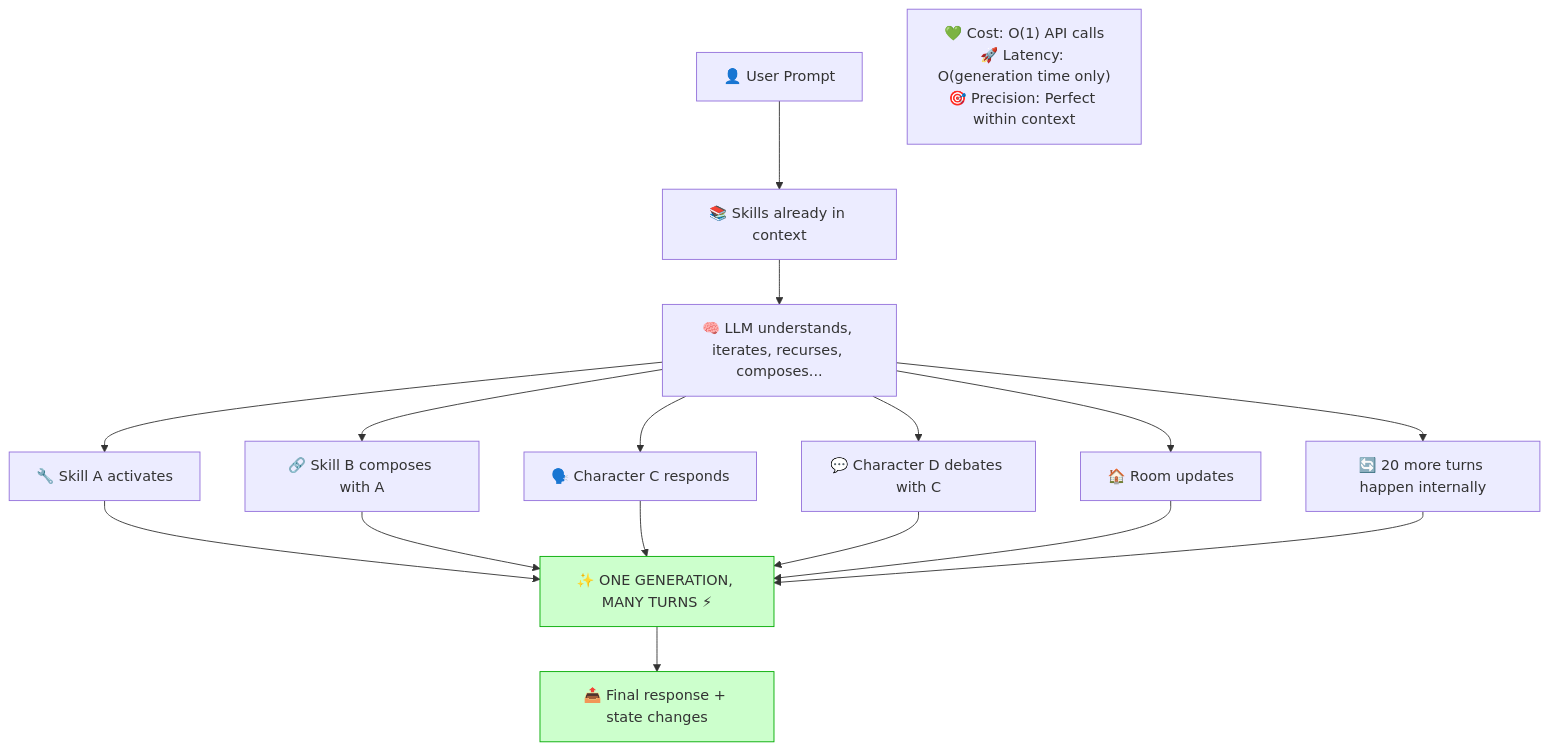
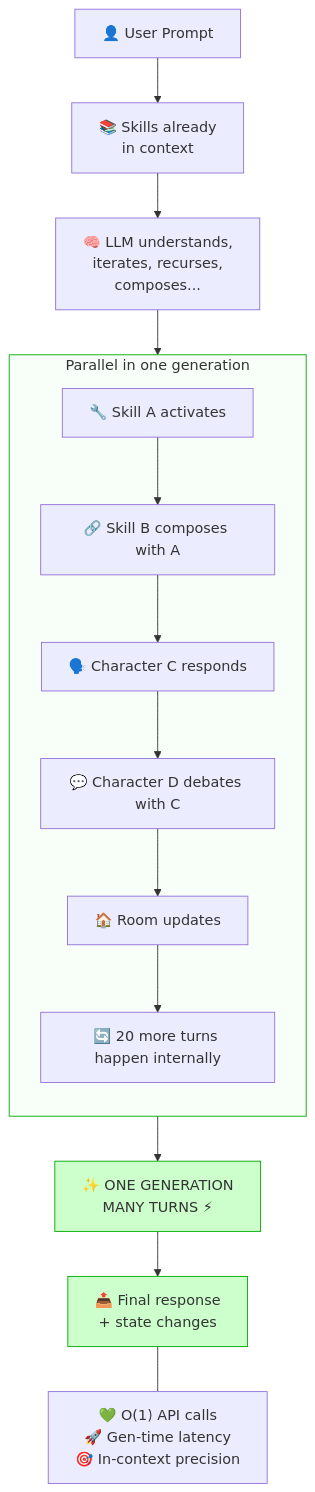
Before and after one commit to SimHacker/moollm: the fifth of 7 diagrams in designs/SPEED-OF-LIGHT-VS-CARRIER-PIGEON.md, drawn with Mermaid. The commit also changed other lines of this file and 11 other files, not shown here.

````diff
--- a/designs/SPEED-OF-LIGHT-VS-CARRIER-PIGEON.md
+++ b/designs/SPEED-OF-LIGHT-VS-CARRIER-PIGEON.md
@@ -450,26 +452,25 @@
 ```mermaid
 flowchart TD
-    UP["👤 User Prompt"] --> CTX["📚 Skills already in context"]
-    CTX --> LLM["🧠 LLM understands, iterates, recurses, composes..."]
+    UP["👤 User Prompt"] --> CTX["📚 Skills already<br/>in context"]
+    CTX --> LLM["🧠 LLM understands,<br/>iterates, recurses,<br/>composes..."]
     
-    LLM --> A["🔧 Skill A activates"]
-    LLM --> B["🔗 Skill B composes with A"]
-    LLM --> C["🗣️ Character C responds"]
-    LLM --> D["💬 Character D debates with C"]
-    LLM --> R["🏠 Room updates"]
-    LLM --> MORE["🔄 20 more turns happen internally"]
+    subgraph Parallel["Parallel in one generation"]
+        direction TB
+        A["🔧 Skill A activates"]
+        B["🔗 Skill B composes with A"]
+        C["🗣️ Character C responds"]
+        D["💬 Character D debates with C"]
+        R["🏠 Room updates"]
+        MORE["🔄 20 more turns happen internally"]
+        A --> B --> C --> D --> R --> MORE
+    end
     
-    A --> ONE["✨ ONE GENERATION, MANY TURNS ⚡"]
-    B --> ONE
-    C --> ONE
-    D --> ONE
-    R --> ONE
-    MORE --> ONE
-    
-    ONE --> OUT["📤 Final response + state changes"]
-    
-    COST["💚 Cost: O(1) API calls<br/>🚀 Latency: O(generation time only)<br/>🎯 Precision: Perfect within context"]
+    LLM --> A
+    MORE --> ONE["✨ ONE GENERATION<br/>MANY TURNS ⚡"]
+    ONE --> OUT["📤 Final response<br/>+ state changes"]
+    OUT --- COST["💚 O(1) API calls<br/>🚀 Gen-time latency<br/>🎯 In-context precision"]
     
     style ONE fill:#cfc,stroke:#0a0
     style OUT fill:#cfc,stroke:#0a0
+    style Parallel fill:#f8fff8,stroke:#0a0
 ```
````
